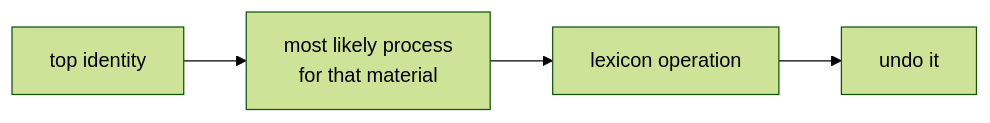
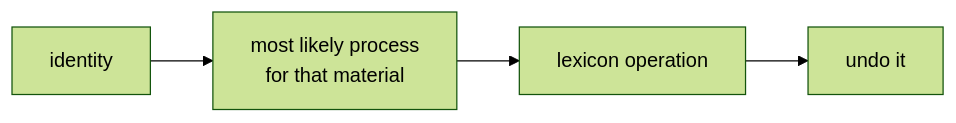
Before and after one commit to rbatra2000/backslash_art: the third of 5 diagrams in docs/architecture.md, drawn with Mermaid (forest theme). The commit also changed other lines of this file and 4 other files, not shown here.

````diff
--- a/docs/architecture.md
+++ b/docs/architecture.md
@@ -34,4 +34,4 @@
 ```mermaid
 flowchart LR
-    A[top identity] --> B[most likely process<br/>for that material] --> C[lexicon operation] --> D[undo it]
+    A[identity] --> B[most likely process<br/>for that material] --> C[lexicon operation] --> D[undo it]
 ```
````
